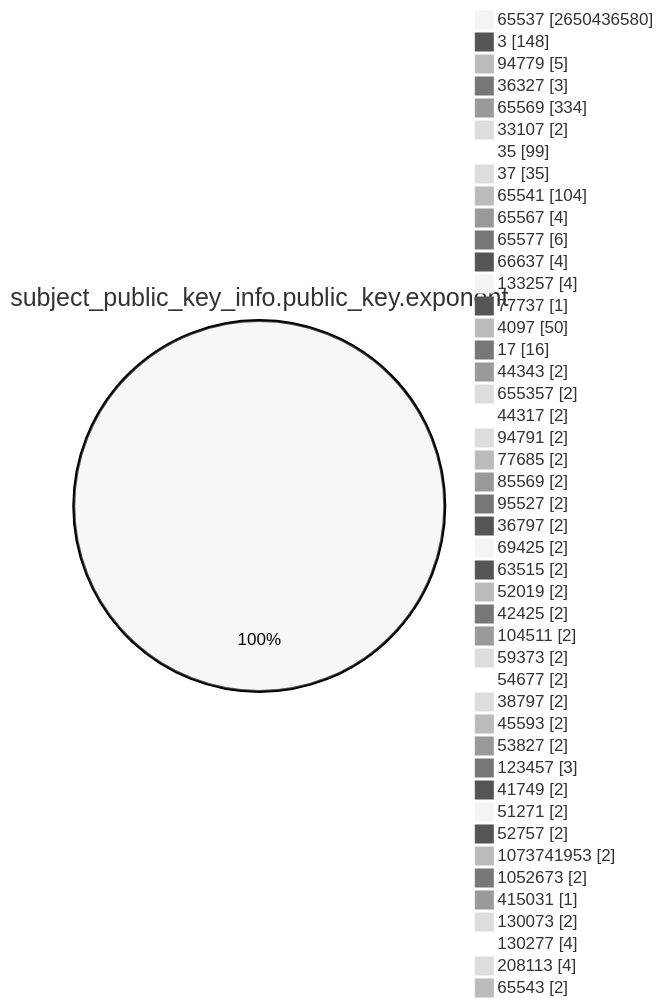
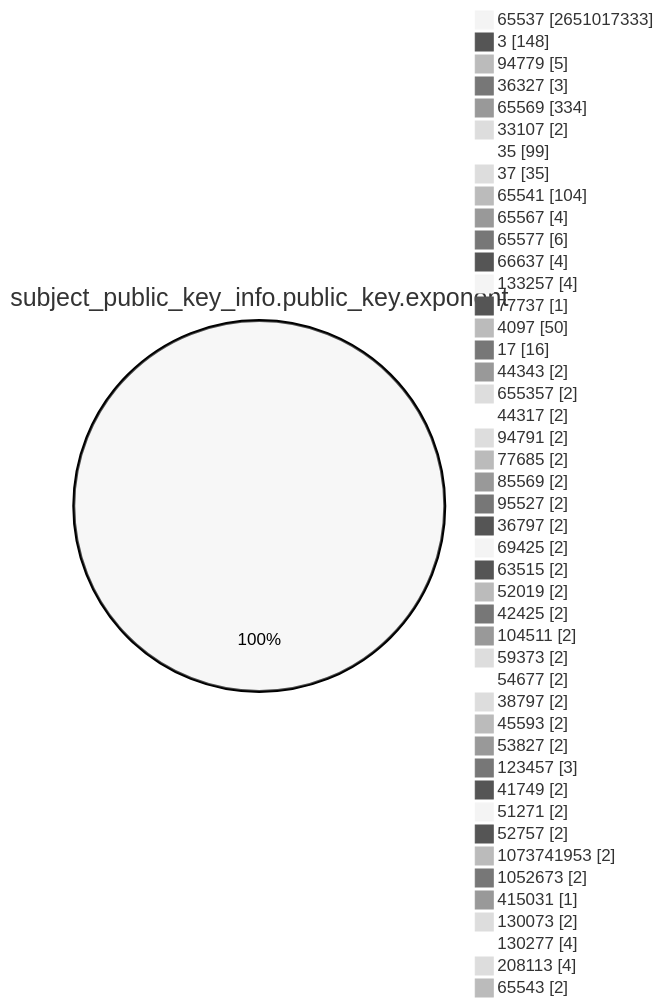
One commit to christiankrug/ctmonitor_visualization changed the fourth of 15 diagrams in TOTAL/README.md. Above: the diagram before and after it, drawn with Mermaid (neutral theme). The commit also changed other lines of this file, not shown here.

````diff
--- a/TOTAL/README.md
+++ b/TOTAL/README.md
@@ -1466,49 +1466,49 @@
 ```mermaid
 pie showData
 title subject_public_key_info.public_key.exponent
-"65537" :2650436580
+"65537" :2651017333
 "3" :148
 "94779" :5
 "36327" :3
 "65569" :334
 "33107" :2
 "35" :99
 "37" :35
 "65541" :104
 "65567" :4
 "65577" :6
 "66637" :4
 "133257" :4
 "77737" :1
 "4097" :50
 "17" :16
 "44343" :2
 "655357" :2
 "44317" :2
 "94791" :2
 "77685" :2
 "85569" :2
 "95527" :2
 "36797" :2
 "69425" :2
 "63515" :2
 "52019" :2
 "42425" :2
 "104511" :2
 "59373" :2
 "54677" :2
 "38797" :2
 "45593" :2
 "53827" :2
 "123457" :3
 "41749" :2
 "51271" :2
 "52757" :2
 "1073741953" :2
 "1052673" :2
 "415031" :1
 "130073" :2
 "130277" :4
 "208113" :4
 "65543" :2
 ```
````
